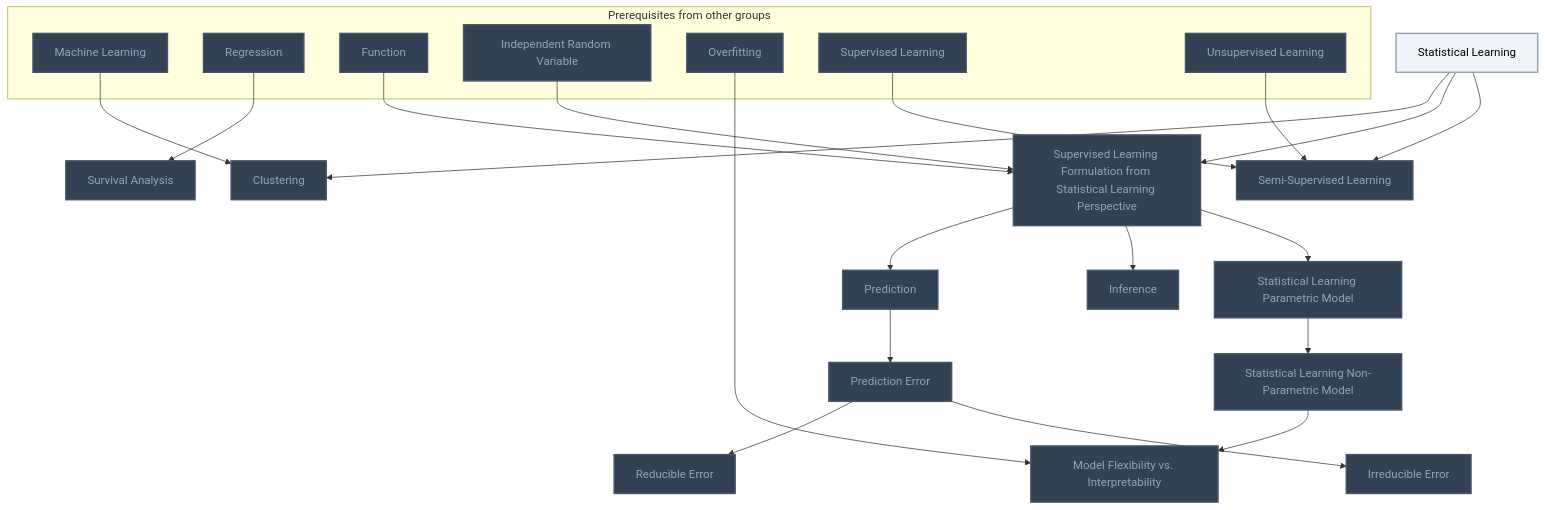
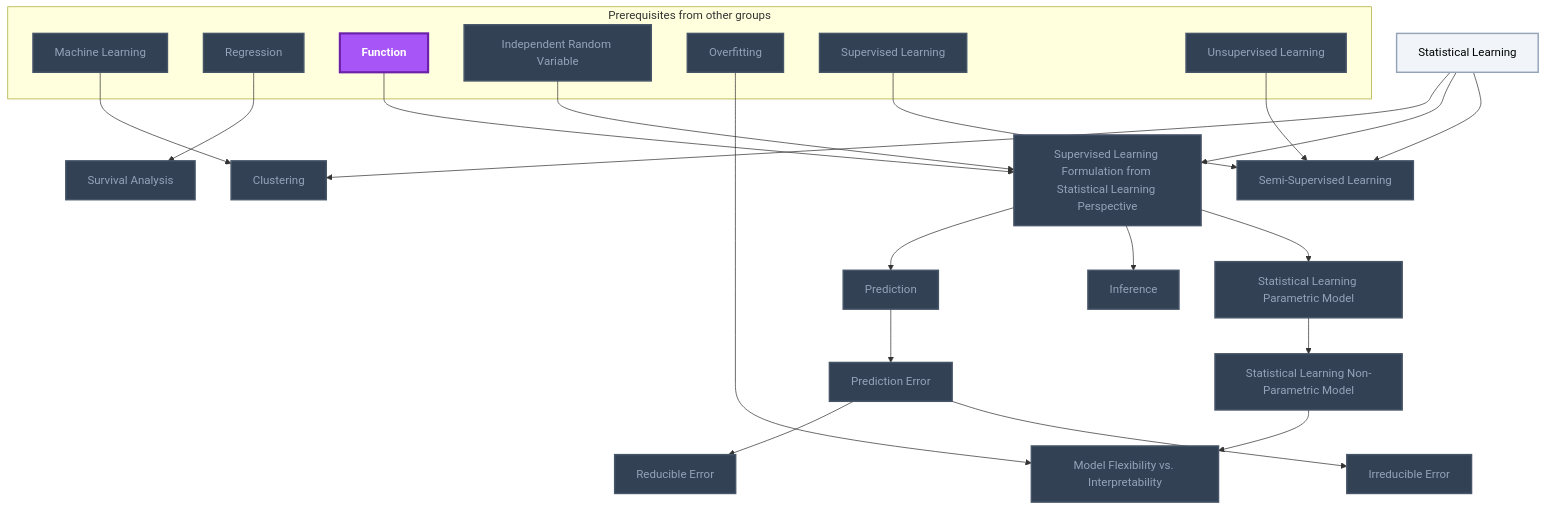
One commit to MRauf1/My-Notes changed the first of 4 diagrams in Gamification/Skill Trees/Statistical Learning.md. Above: the diagram before and after it, drawn with Mermaid. The commit also changed other lines of this file and 156 other files, not shown here.

````diff
--- a/Gamification/Skill Trees/Statistical Learning.md
+++ b/Gamification/Skill Trees/Statistical Learning.md
@@ -14,55 +14,56 @@
 ```mermaid
 flowchart TD
     classDef planned fill:#1E293B,stroke:#64748B,stroke-width:2px,stroke-dasharray:5 5,color:#94A3B8;
     classDef locked fill:#334155,stroke:#475569,stroke-width:2px,color:#94A3B8;
     classDef L0 fill:#F1F5F9,stroke:#94A3B8,stroke-width:2px,color:#000000;
     classDef L1 fill:#22C55E,stroke:#15803D,stroke-width:2px,color:#000000;
     classDef L2 fill:#3B82F6,stroke:#1D4ED8,stroke-width:3px,color:#FFFFFF;
     classDef L3 fill:#A855F7,stroke:#6B21A8,stroke-width:3px,color:#FFFFFF,font-weight:bold;
     classDef L4 fill:#F97316,stroke:#C2410C,stroke-width:4px,color:#000000,font-weight:bold;
     classDef L5 fill:#FFD700,stroke:#FF8C00,stroke-width:5px,color:#000000,font-weight:bold;
     classDef rusty stroke:#8B4513,stroke-width:4px,stroke-dasharray:3 3;
     subgraph sg_prereqs["Prerequisites from other groups"]
         n_machine_learning["Machine Learning"]
         n_regression["Regression"]
         n_function["Function"]
         n_independent_random_variable["Independent Random Variable"]
         n_overfitting["Overfitting"]
         n_supervised_learning["Supervised Learning"]
         n_unsupervised_learning["Unsupervised Learning"]
     end
     n_statistical_learning["Statistical Learning"]
     n_clustering["Clustering"]
     n_survival_analysis["Survival Analysis"]
     n_supervised_learning_formulation_from_statistical_learning_perspective["Supervised Learning Formulation from Statistical Learning Perspective"]
     n_prediction["Prediction"]
     n_prediction_error["Prediction Error"]
     n_reducible_error["Reducible Error"]
     n_irreducible_error["Irreducible Error"]
     n_inference["Inference"]
     n_statistical_learning_parametric_model["Statistical Learning Parametric Model"]
     n_statistical_learning_non_parametric_model["Statistical Learning Non-Parametric Model"]
     n_model_flexibility_vs_interpretability["Model Flexibility vs. Interpretability"]
     n_semi_supervised_learning["Semi-Supervised Learning"]
     n_machine_learning --> n_clustering
     n_statistical_learning --> n_clustering
     n_regression --> n_survival_analysis
     n_function --> n_supervised_learning_formulation_from_statistical_learning_perspective
     n_independent_random_variable --> n_supervised_learning_formulation_from_statistical_learning_perspective
     n_statistical_learning --> n_supervised_learning_formulation_from_statistical_learning_perspective
     n_supervised_learning_formulation_from_statistical_learning_perspective --> n_prediction
     n_prediction --> n_prediction_error
     n_prediction_error --> n_reducible_error
     n_prediction_error --> n_irreducible_error
     n_supervised_learning_formulation_from_statistical_learning_perspective --> n_inference
     n_supervised_learning_formulation_from_statistical_learning_perspective --> n_statistical_learning_parametric_model
     n_statistical_learning_parametric_model --> n_statistical_learning_non_parametric_model
     n_overfitting --> n_model_flexibility_vs_interpretability
     n_statistical_learning_non_parametric_model --> n_model_flexibility_vs_interpretability
     n_supervised_learning --> n_semi_supervised_learning
     n_unsupervised_learning --> n_semi_supervised_learning
     n_statistical_learning --> n_semi_supervised_learning
-    class n_machine_learning,n_regression,n_function,n_independent_random_variable,n_overfitting,n_supervised_learning,n_unsupervised_learning,n_clustering,n_survival_analysis,n_supervised_learning_formulation_from_statistical_learning_perspective,n_prediction,n_prediction_error,n_reducible_error,n_irreducible_error,n_inference,n_statistical_learning_parametric_model,n_statistical_learning_non_parametric_model,n_model_flexibility_vs_interpretability,n_semi_supervised_learning locked;
+    class n_machine_learning,n_regression,n_independent_random_variable,n_overfitting,n_supervised_learning,n_unsupervised_learning,n_clustering,n_survival_analysis,n_supervised_learning_formulation_from_statistical_learning_perspective,n_prediction,n_prediction_error,n_reducible_error,n_irreducible_error,n_inference,n_statistical_learning_parametric_model,n_statistical_learning_non_parametric_model,n_model_flexibility_vs_interpretability,n_semi_supervised_learning locked;
     class n_statistical_learning L0;
+    class n_function L3;
     class n_machine_learning,n_regression,n_function,n_independent_random_variable,n_overfitting,n_supervised_learning,n_unsupervised_learning,n_statistical_learning,n_clustering,n_survival_analysis,n_supervised_learning_formulation_from_statistical_learning_perspective,n_prediction,n_prediction_error,n_reducible_error,n_irreducible_error,n_inference,n_statistical_learning_parametric_model,n_statistical_learning_non_parametric_model,n_model_flexibility_vs_interpretability,n_semi_supervised_learning internal-link;
 ```
````
